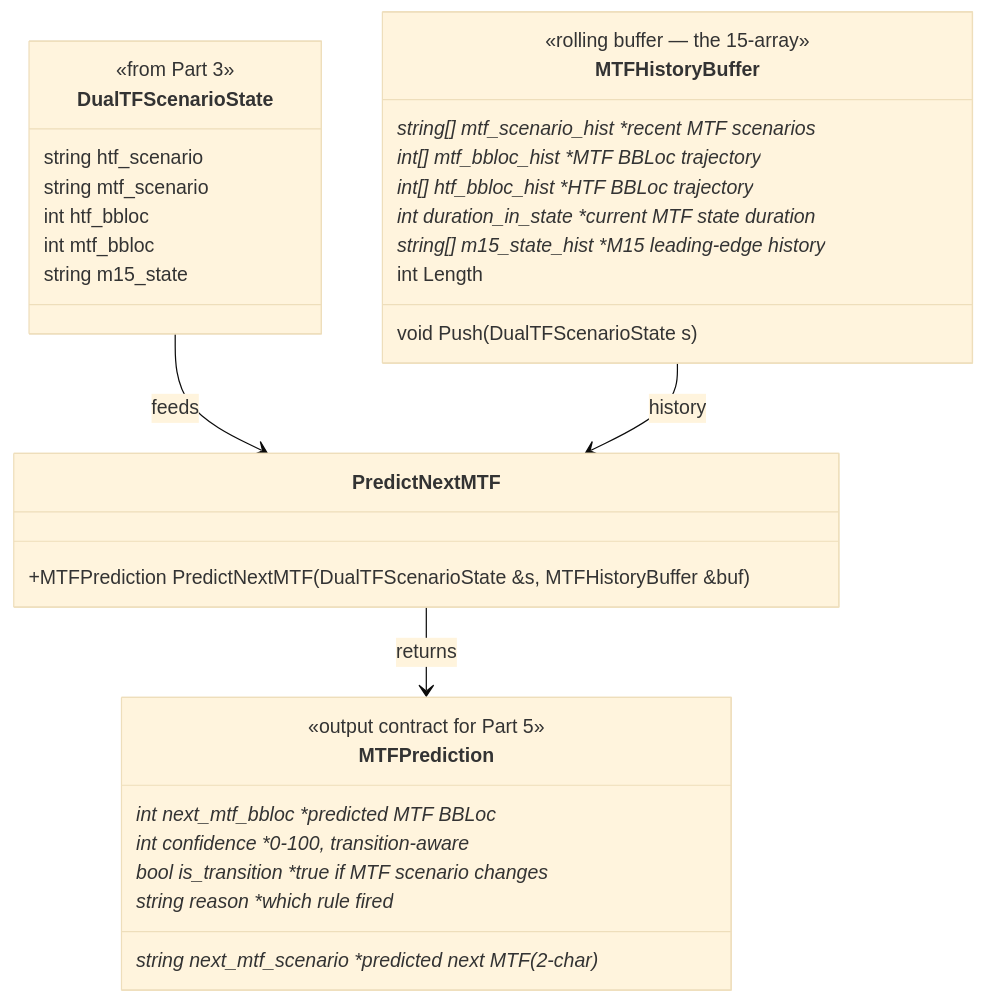
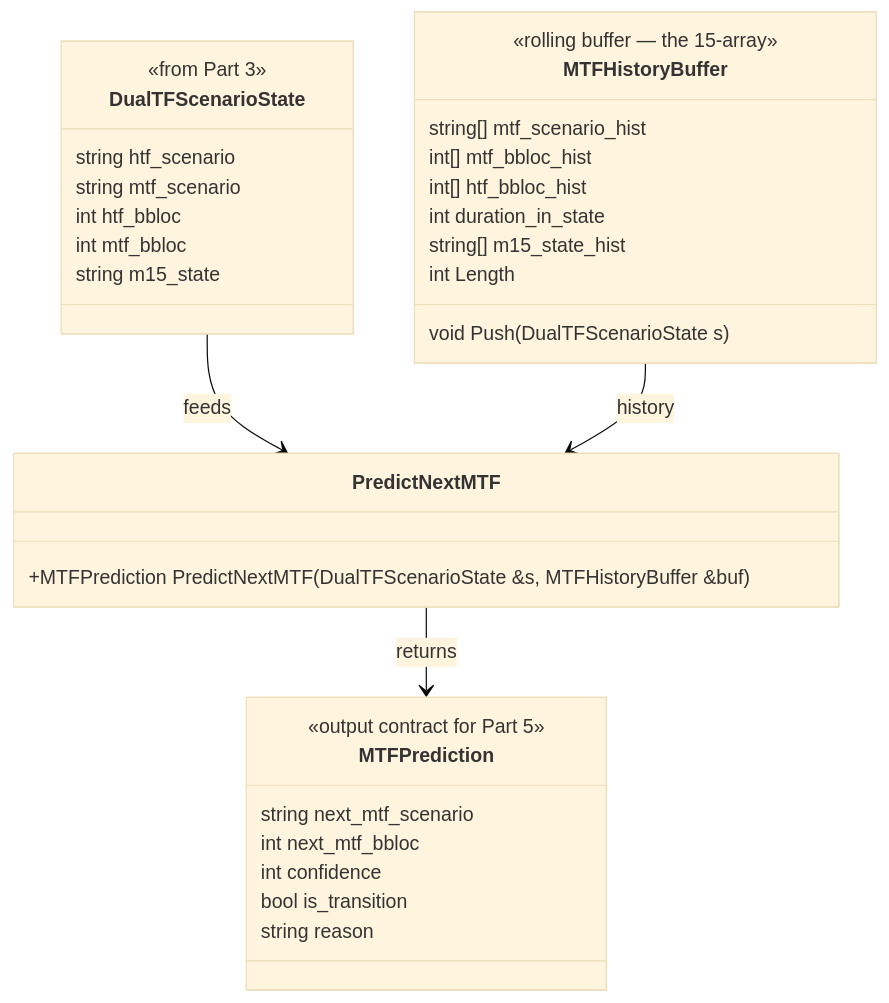
One commit to Terrypang89/BB_MTF_M15_STRATEGY changed the sixth of 12 diagrams in references/DUALTF_ARCHITECTURE.md. Above: the diagram before and after it, drawn with Mermaid (base theme). The commit also changed other lines of this file, not shown here.

First line of the commit message:
Fix mermaid classDiagram syntax — remove special-char inline comments

````diff
--- a/references/DUALTF_ARCHITECTURE.md
+++ b/references/DUALTF_ARCHITECTURE.md
@@ -226,39 +226,39 @@
 ```mermaid
 classDiagram
     class DualTFScenarioState {
         <<from Part 3>>
         string htf_scenario
         string mtf_scenario
         int htf_bbloc
         int mtf_bbloc
         string m15_state
     }
 
     class MTFHistoryBuffer {
         <<rolling buffer — the 15-array>>
-        string[] mtf_scenario_hist   *recent MTF scenarios*
-        int[] mtf_bbloc_hist         *MTF BBLoc trajectory*
-        int[] htf_bbloc_hist         *HTF BBLoc trajectory*
-        int duration_in_state        *current MTF state duration*
-        string[] m15_state_hist      *M15 leading-edge history*
+        string[] mtf_scenario_hist
+        int[] mtf_bbloc_hist
+        int[] htf_bbloc_hist
+        int duration_in_state
+        string[] m15_state_hist
         void Push(DualTFScenarioState s)
         int Length
     }
 
     class MTFPrediction {
         <<output contract for Part 5>>
-        string next_mtf_scenario    *predicted next MTF (2-char)*
-        int next_mtf_bbloc          *predicted MTF BBLoc*
-        int confidence              *0-100, transition-aware*
-        bool is_transition          *true if MTF scenario changes*
-        string reason               *which rule fired*
+        string next_mtf_scenario
+        int next_mtf_bbloc
+        int confidence
+        bool is_transition
+        string reason
     }
 
     class PredictNextMTF {
         +MTFPrediction PredictNextMTF(DualTFScenarioState &s, MTFHistoryBuffer &buf)
     }
 
     DualTFScenarioState --> PredictNextMTF : feeds
     MTFHistoryBuffer --> PredictNextMTF : history
     PredictNextMTF --> MTFPrediction : returns
 ```
````
